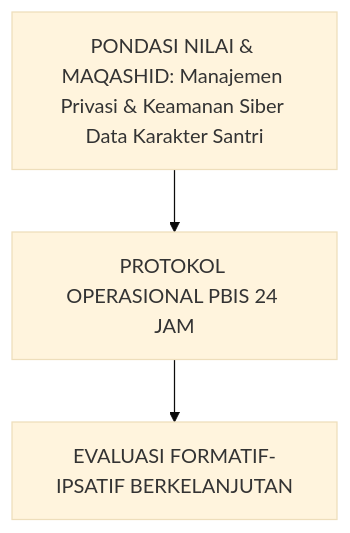
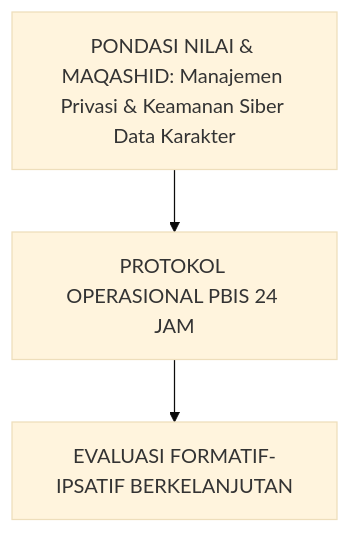
One commit to wandiapriliyandi/tumbuh changed diagram 27 of 32 in BOOK-SERIES/Volume-03/Buku-Volume-03-Sistem-Asesmen-Perkembangan-dan-Evaluasi-Berbasis-Bukti.md. Above: the diagram before and after it, drawn with Mermaid (base theme). The commit also changed other lines of this file and 196 other files, not shown here.

````diff
--- a/BOOK-SERIES/Volume-03/Buku-Volume-03-Sistem-Asesmen-Perkembangan-dan-Evaluasi-Berbasis-Bukti.md
+++ b/BOOK-SERIES/Volume-03/Buku-Volume-03-Sistem-Asesmen-Perkembangan-dan-Evaluasi-Berbasis-Bukti.md
@@ -719,5 +877,5 @@
 ```mermaid
 graph TD
-    Tujuan["PONDASI NILAI & MAQASHID: Manajemen Privasi & Keamanan Siber Data Karakter Santri"] --> Operasional["PROTOKOL OPERASIONAL PBIS 24 JAM"]
+    Tujuan["PONDASI NILAI & MAQASHID: Manajemen Privasi & Keamanan Siber Data Karakter"] --> Operasional["PROTOKOL OPERASIONAL PBIS 24 JAM"]
     Operasional --> Evaluasi["EVALUASI FORMATIF-IPSATIF BERKELANJUTAN"]
 ```
````
